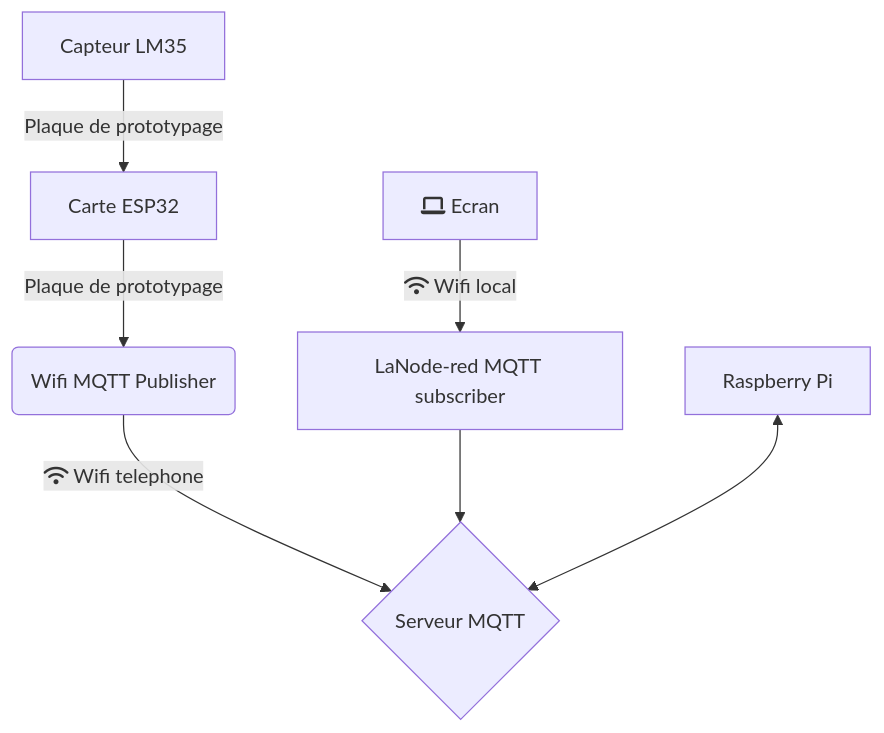
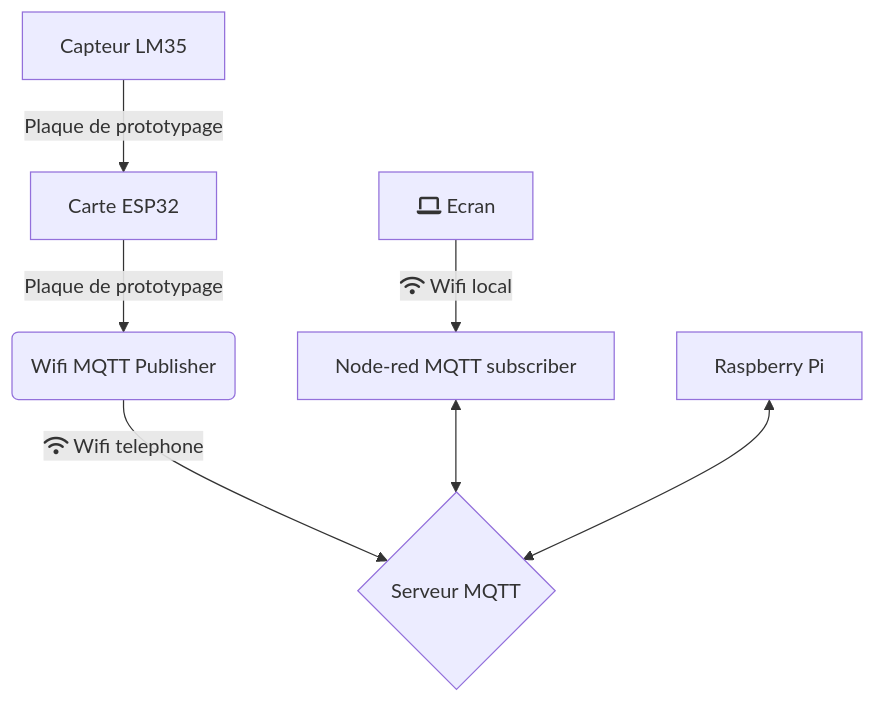
One commit to dorian9fb/Projet-LM35 changed the diagram in README.md. Above: the diagram before and after it, drawn with Mermaid. The commit also changed other lines of this file, not shown here.

````diff
--- a/README.md
+++ b/README.md
@@ -17,9 +18,9 @@
 ``` mermaid
 flowchart TD
     A[Capteur LM35] -->|Plaque de prototypage| B(Carte ESP32)
     B[Carte ESP32] -->|Plaque de prototypage| C(Wifi MQTT Publisher)
     C --> |fa:fa-wifi Wifi telephone| D{Serveur MQTT}
-    E[LaNode-red MQTT subscriber] --> D
+    E[Node-red MQTT subscriber] <--> D
     F[Raspberry Pi] <--> D
     H[fa:fa-laptop Ecran] --> |fa:fa-wifi Wifi local|E
 ```
````
